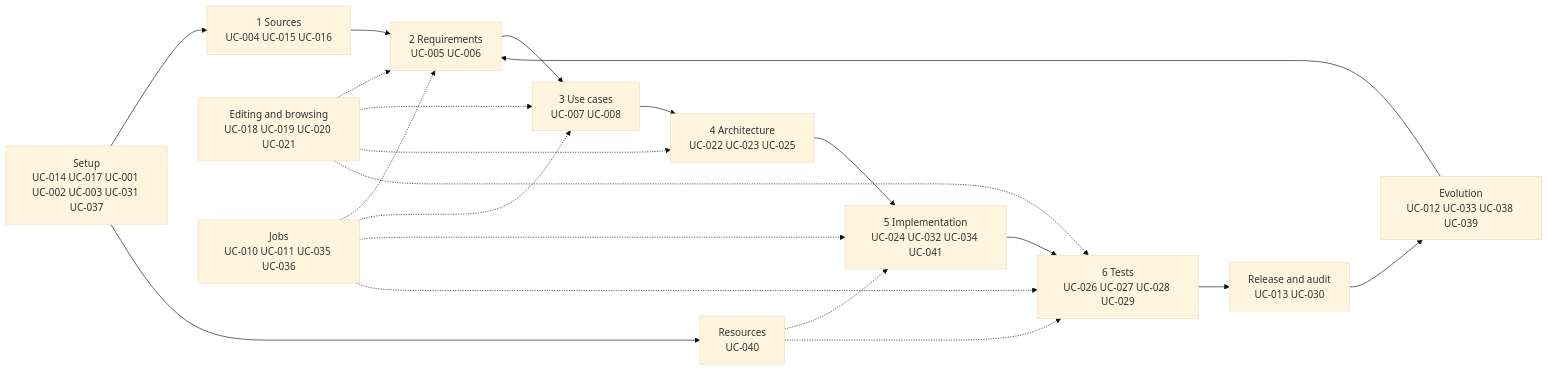
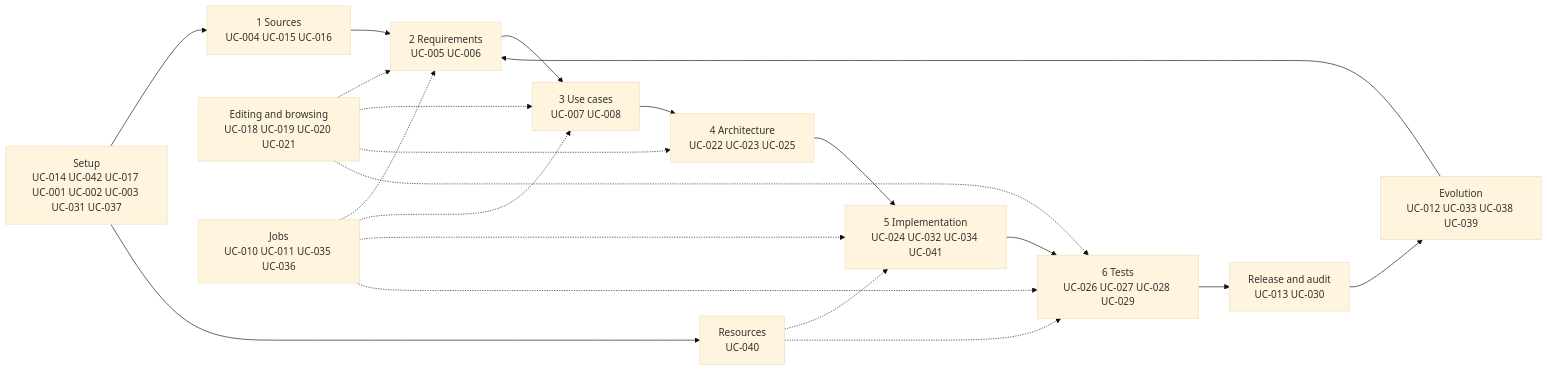
One commit to akmaier/agent-m changed the diagram in docs/use-cases/README.md. Above: the diagram before and after it, drawn with Mermaid (base theme). The commit also changed other lines of this file and 13 other files, not shown here.

````diff
--- a/docs/use-cases/README.md
+++ b/docs/use-cases/README.md
@@ -113,16 +114,16 @@
 ```mermaid
 flowchart LR
-    S[Setup<br/>UC-014 UC-017 UC-001 UC-002 UC-003 UC-031 UC-037] --> Q[1 Sources<br/>UC-004 UC-015 UC-016]
+    S[Setup<br/>UC-014 UC-042 UC-017 UC-001 UC-002 UC-003 UC-031 UC-037] --> Q[1 Sources<br/>UC-004 UC-015 UC-016]
     S --> RES[Resources<br/>UC-040]
     Q --> R[2 Requirements<br/>UC-005 UC-006]
     R --> U[3 Use cases<br/>UC-007 UC-008]
     U --> A[4 Architecture<br/>UC-022 UC-023 UC-025]
     A --> I[5 Implementation<br/>UC-024 UC-032 UC-034 UC-041]
     I --> T[6 Tests<br/>UC-026 UC-027 UC-028 UC-029]
     T --> REL[Release and audit<br/>UC-013 UC-030]
     REL --> E[Evolution<br/>UC-012 UC-033 UC-038 UC-039]
     E --> R
     ED[Editing and browsing<br/>UC-018 UC-019 UC-020 UC-021] -.-> R & U & A & T
     J[Jobs<br/>UC-010 UC-011 UC-035 UC-036] -.-> R & U & I & T
     RES -.-> I & T
 ```
````
